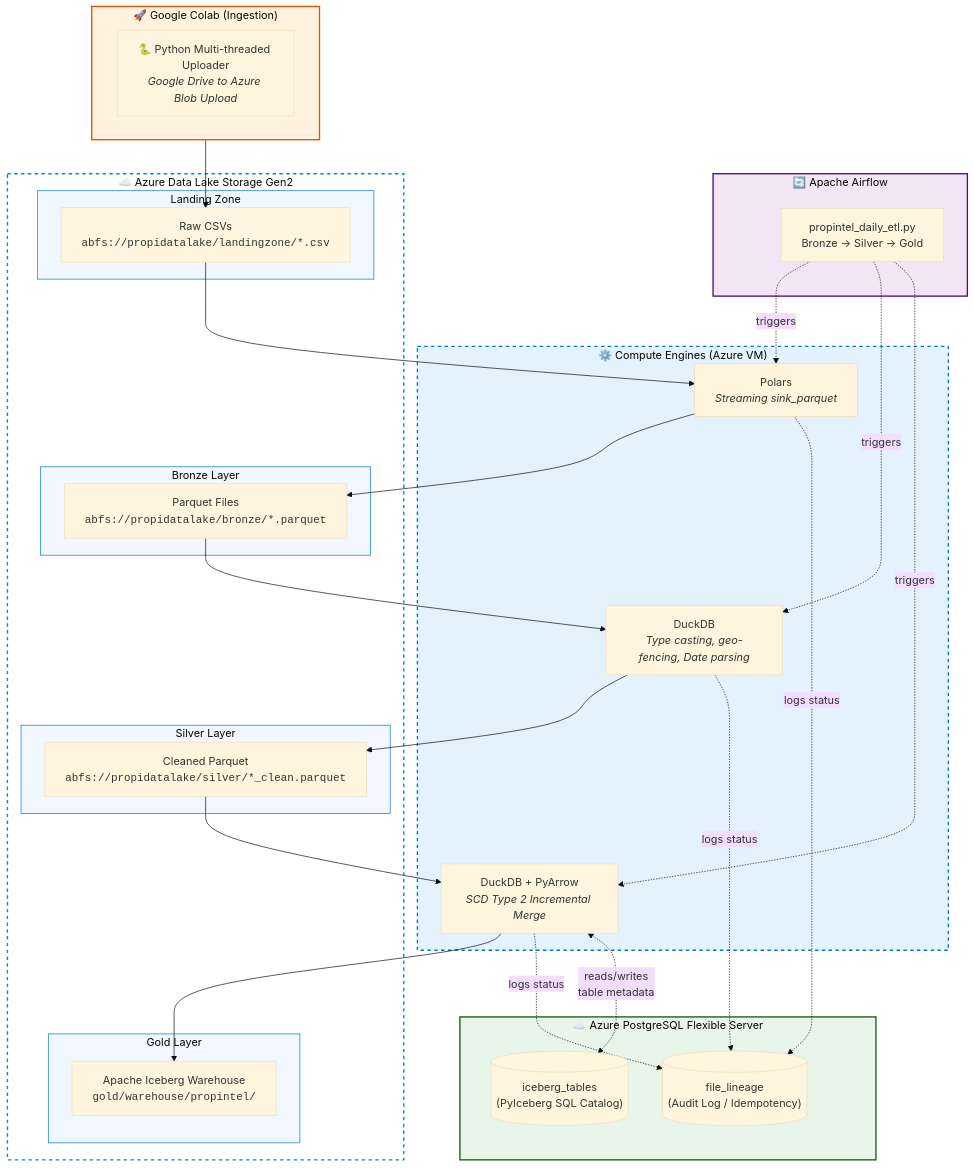
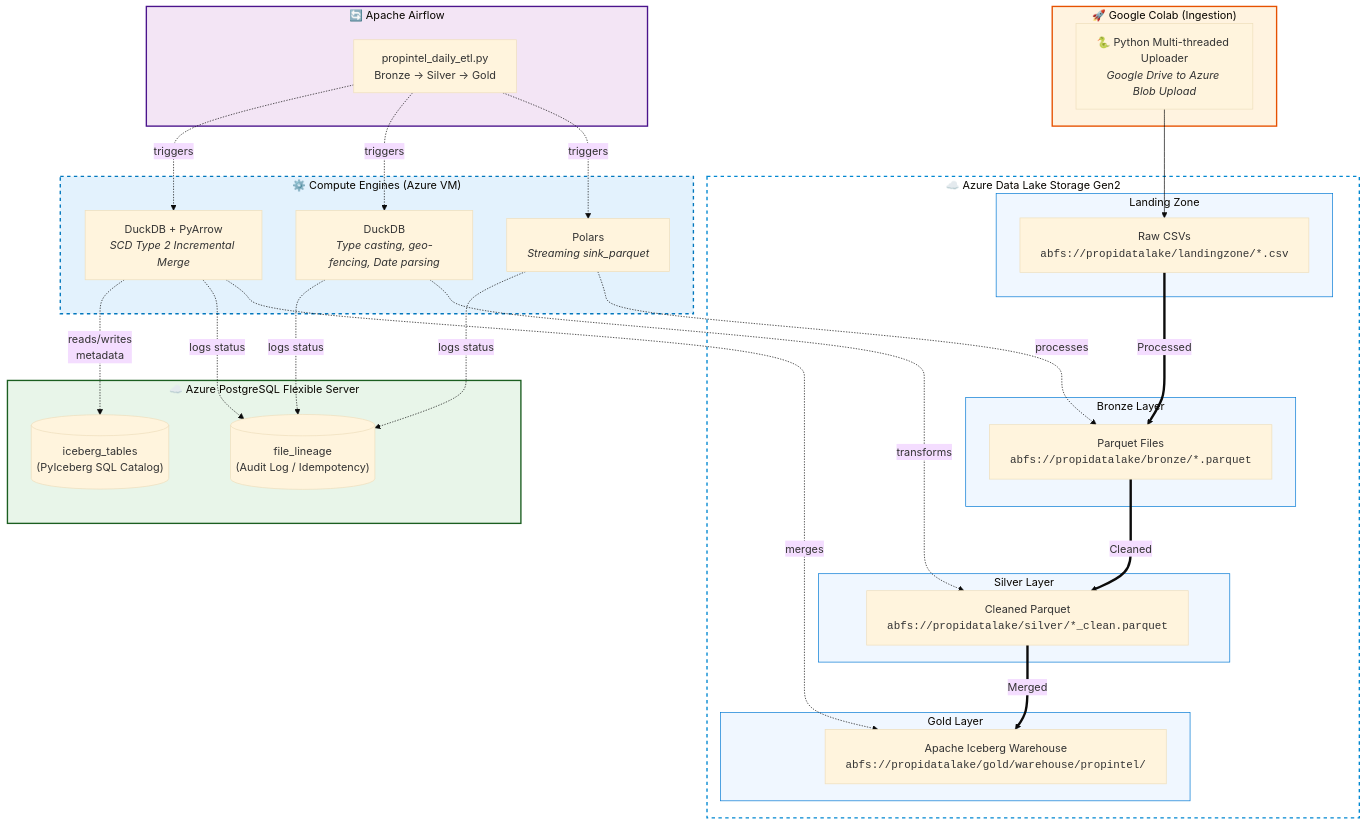
One commit to ali786-hub/Property-Intelligence-Platform changed the diagram in README.md. Above: the diagram before and after it, drawn with Mermaid (base theme).

````diff
--- a/README.md
+++ b/README.md
@@ -22,74 +22,75 @@
 ```mermaid
 flowchart TB
     subgraph source ["🚀 Google Colab (Ingestion)"]
         COLAB["🐍 Python Multi-threaded Uploader<br/><i>Google Drive to Azure Blob Upload</i>"]
     end
 
     subgraph airflow ["🔄 Apache Airflow"]
         DAG["propintel_daily_etl.py<br/>Bronze → Silver → Gold"]
     end
 
     subgraph compute ["⚙️ Compute Engines (Azure VM)"]
         B_ENGINE["Polars<br/><i>Streaming sink_parquet</i>"]
         S_ENGINE["DuckDB<br/><i>Type casting, geo-fencing, Date parsing</i>"]
         G_ENGINE["DuckDB + PyArrow<br/><i>SCD Type 2 Incremental Merge</i>"]
     end
 
     subgraph cloud_storage ["☁️ Azure Data Lake Storage Gen2"]
         subgraph landing ["Landing Zone"]
             B_IN["Raw CSVs<br/><code>abfs://propidatalake/landingzone/*.csv</code>"]
         end
 
         subgraph bronze ["Bronze Layer"]
             B_OUT["Parquet Files<br/><code>abfs://propidatalake/bronze/*.parquet</code>"]
         end
 
         subgraph silver ["Silver Layer"]
             S_OUT["Cleaned Parquet<br/><code>abfs://propidatalake/silver/*_clean.parquet</code>"]
         end
 
         subgraph gold ["Gold Layer"]
-            G_OUT["Apache Iceberg Warehouse<br/><code>gold/warehouse/propintel/</code>"]
+            G_OUT["Apache Iceberg Warehouse<br/><code>abfs://propidatalake/gold/warehouse/propintel/</code>"]
         end
+        
+        %% Data Flow strictly inside the Data Lake
+        B_IN ==>|"Processed"| B_OUT
+        B_OUT ==>|"Cleaned"| S_OUT
+        S_OUT ==>|"Merged"| G_OUT
     end
 
     subgraph cloud_db ["☁️ Azure PostgreSQL Flexible Server"]
         LINEAGE[("file_lineage<br/>(Audit Log / Idempotency)")]
         CATALOG[("iceberg_tables<br/>(PyIceberg SQL Catalog)")]
     end
 
     %% Ingestion
-    source --> B_IN
+    COLAB --> B_IN
 
     %% Airflow Triggers
     DAG -. "triggers" .-> B_ENGINE
     DAG -. "triggers" .-> S_ENGINE
     DAG -. "triggers" .-> G_ENGINE
 
-    %% ETL Weaving (Storage <--> Compute)
-    B_IN --> B_ENGINE
-    B_ENGINE --> B_OUT
-    B_OUT --> S_ENGINE
-    S_ENGINE --> S_OUT
-    S_OUT --> G_ENGINE
-    G_ENGINE --> G_OUT
+    %% Compute points towards Datalake to avoid cyclic dependencies
+    B_ENGINE -. "processes" .-> B_OUT
+    S_ENGINE -. "transforms" .-> S_OUT
+    G_ENGINE -. "merges" .-> G_OUT
 
-    %% Logging interactions mapping perfectly to the DB
+    %% Logging
     B_ENGINE -. "logs status" .-> LINEAGE
     S_ENGINE -. "logs status" .-> LINEAGE
     G_ENGINE -. "logs status" .-> LINEAGE
-    G_ENGINE <-. "reads/writes<br/>table metadata" .-> CATALOG
+    G_ENGINE -. "reads/writes<br/>metadata" .-> CATALOG
 
-    %% Styling Subgraphs for Visual Separation and Cohesion
+    %% Styling
     style source fill:#fff3e0,stroke:#e65100,stroke-width:2px
     style airflow fill:#f3e5f5,stroke:#4a148c,stroke-width:2px
     style compute fill:#e3f2fd,stroke:#0277bd,stroke-width:2px,stroke-dasharray: 5 5
     style cloud_storage fill:none,stroke:#0288d1,stroke-width:2px,stroke-dasharray: 5 5
     style cloud_db fill:#e8f5e9,stroke:#1b5e20,stroke-width:2px
     
-    %% Individual Data Lake containers
     style landing fill:#f0f7ff,stroke:#0078d4,stroke-width:1px
     style bronze fill:#f0f7ff,stroke:#0078d4,stroke-width:1px
     style silver fill:#f0f7ff,stroke:#0078d4,stroke-width:1px
     style gold fill:#f0f7ff,stroke:#0078d4,stroke-width:1px
 ```
````
